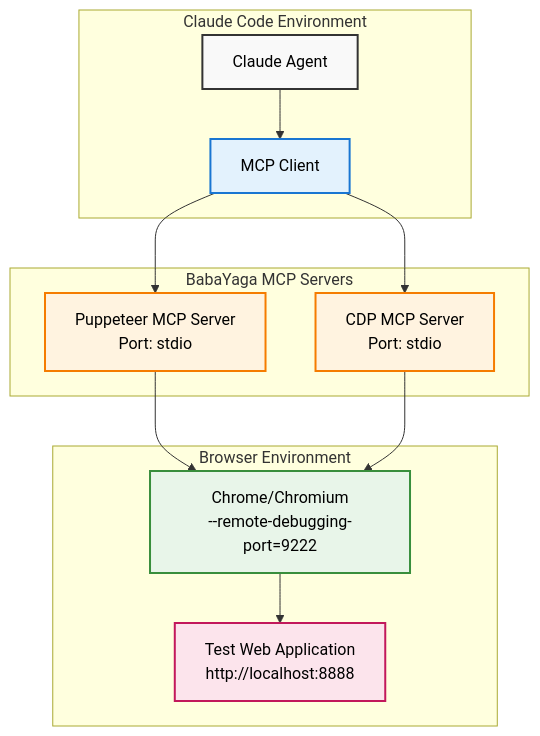
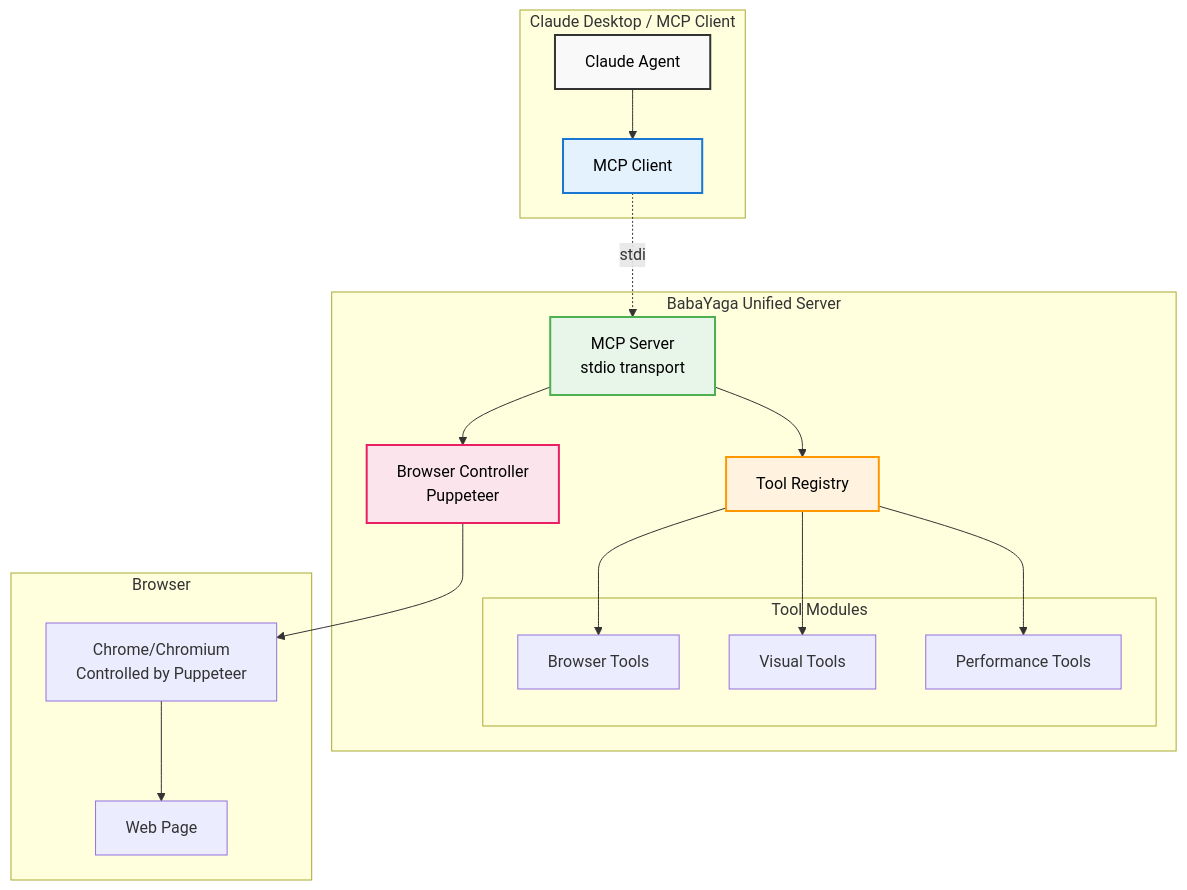
One commit to banditburai/babayaga changed the diagram in docs/architecture-diagram.md. Above: the diagram before and after it, drawn with Mermaid. The commit also changed other lines of this file and 42 other files, not shown here.

First line of the commit message:
refactor: complete transition to unified architecture

````diff
--- a/docs/architecture-diagram.md
+++ b/docs/architecture-diagram.md
@@ -5,31 +5,40 @@
 ```mermaid
 graph TB
-    subgraph "Claude Code Environment"
+    subgraph "Claude Desktop / MCP Client"
         A[Claude Agent]
         B[MCP Client]
     end
     
-    subgraph "BabaYaga MCP Servers"
-        C[Puppeteer MCP Server<br/>Port: stdio]
-        D[CDP MCP Server<br/>Port: stdio]
+    subgraph "BabaYaga Unified Server"
+        C[MCP Server<br/>stdio transport]
+        D[Tool Registry]
+        E[Browser Controller<br/>Puppeteer]
+        
+        subgraph "Tool Modules"
+            F[Browser Tools]
+            G[Visual Tools]
+            H[Performance Tools]
+        end
     end
     
-    subgraph "Browser Environment"
-        E[Chrome/Chromium<br/>--remote-debugging-port=9222]
-        F[Test Web Application<br/>http://localhost:8888]
+    subgraph "Browser"
+        I[Chrome/Chromium<br/>Controlled by Puppeteer]
+        J[Web Page]
     end
     
     A --> B
-    B --> C
-    B --> D
+    B -.stdio.-> C
+    C --> D
+    D --> F
+    D --> G
+    D --> H
     C --> E
-    D --> E
-    E --> F
+    E --> I
+    I --> J
     
     style A fill:#f9f9f9,stroke:#333,stroke-width:2px,color:#000
     style B fill:#e3f2fd,stroke:#1976d2,stroke-width:2px,color:#000
-    style C fill:#fff3e0,stroke:#f57c00,stroke-width:2px,color:#000
-    style D fill:#fff3e0,stroke:#f57c00,stroke-width:2px,color:#000
-    style E fill:#e8f5e9,stroke:#388e3c,stroke-width:2px,color:#000
-    style F fill:#fce4ec,stroke:#c2185b,stroke-width:2px,color:#000
+    style C fill:#e8f5e9,stroke:#4caf50,stroke-width:2px,color:#000
+    style D fill:#fff3e0,stroke:#ff9800,stroke-width:2px,color:#000
+    style E fill:#fce4ec,stroke:#e91e63,stroke-width:2px,color:#000
 ```
````
